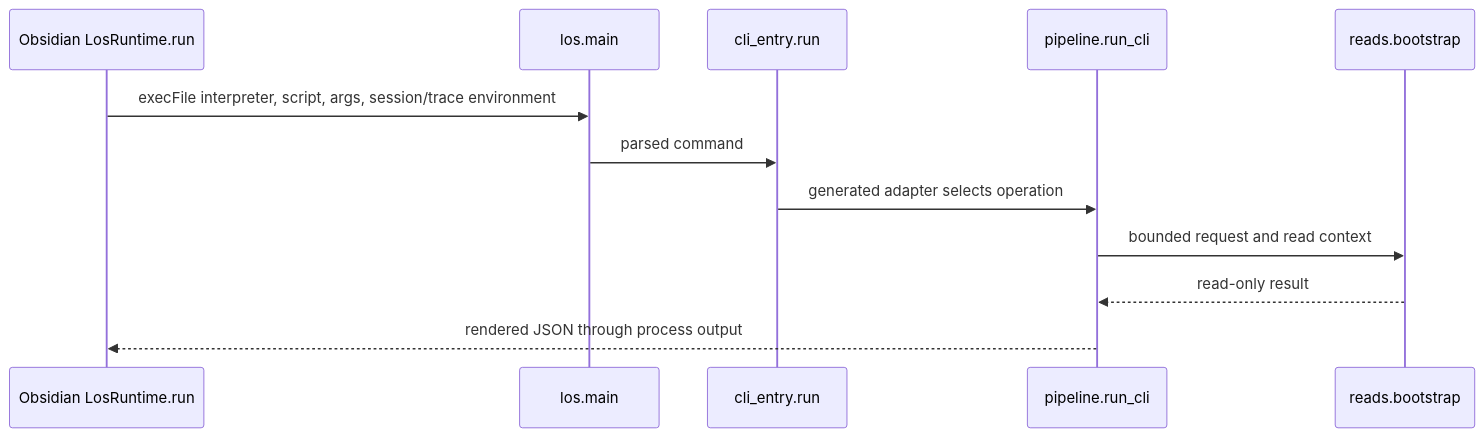
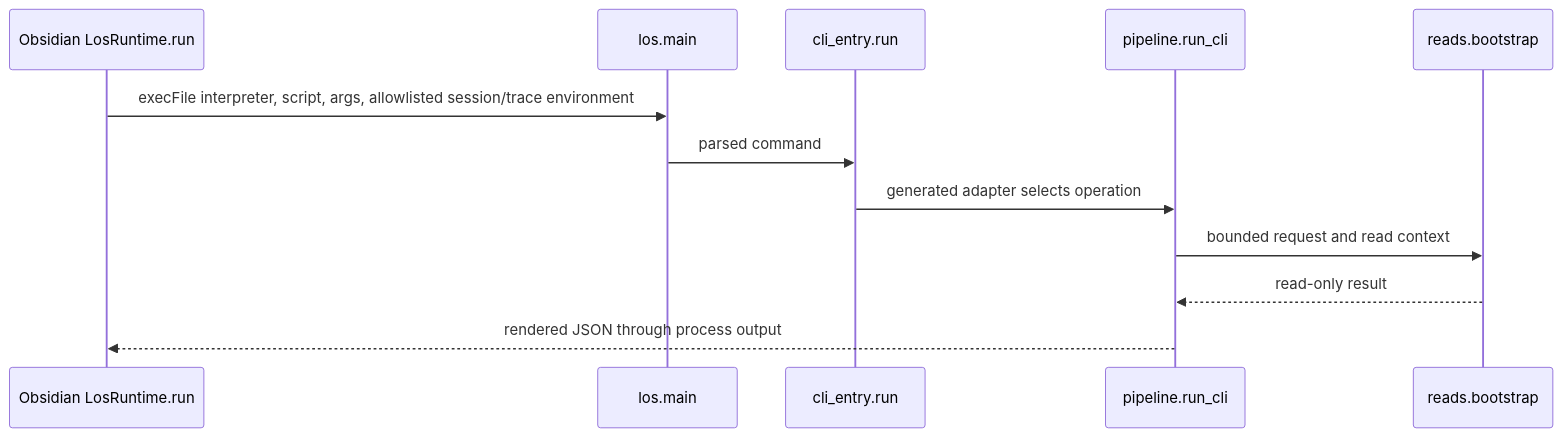
The fourth of 5 diagrams in system/developer/FLOWS.md (Aram164/LearningOS), drawn with Mermaid before and after one commit. The commit also changed other lines of this file and 10 other files, not shown here.

Commit message:
Phase 4: fix CI blockers (no-git session-end, OSError preservation, FLOWS pin, system map, tx audit)

````diff
--- a/system/developer/FLOWS.md
+++ b/system/developer/FLOWS.md
@@ -121,14 +121,14 @@
 ```mermaid
 sequenceDiagram
   participant U as Obsidian LosRuntime.run
   participant L as los.main
   participant A as cli_entry.run
   participant P as pipeline.run_cli
   participant H as reads.bootstrap
-  U->>L: execFile interpreter, script, args, session/trace environment
+  U->>L: execFile interpreter, script, args, allowlisted session/trace environment
   L->>A: parsed command
   A->>P: generated adapter selects operation
   P->>H: bounded request and read context
   H-->>P: read-only result
   P-->>U: rendered JSON through process output
 ```
````
